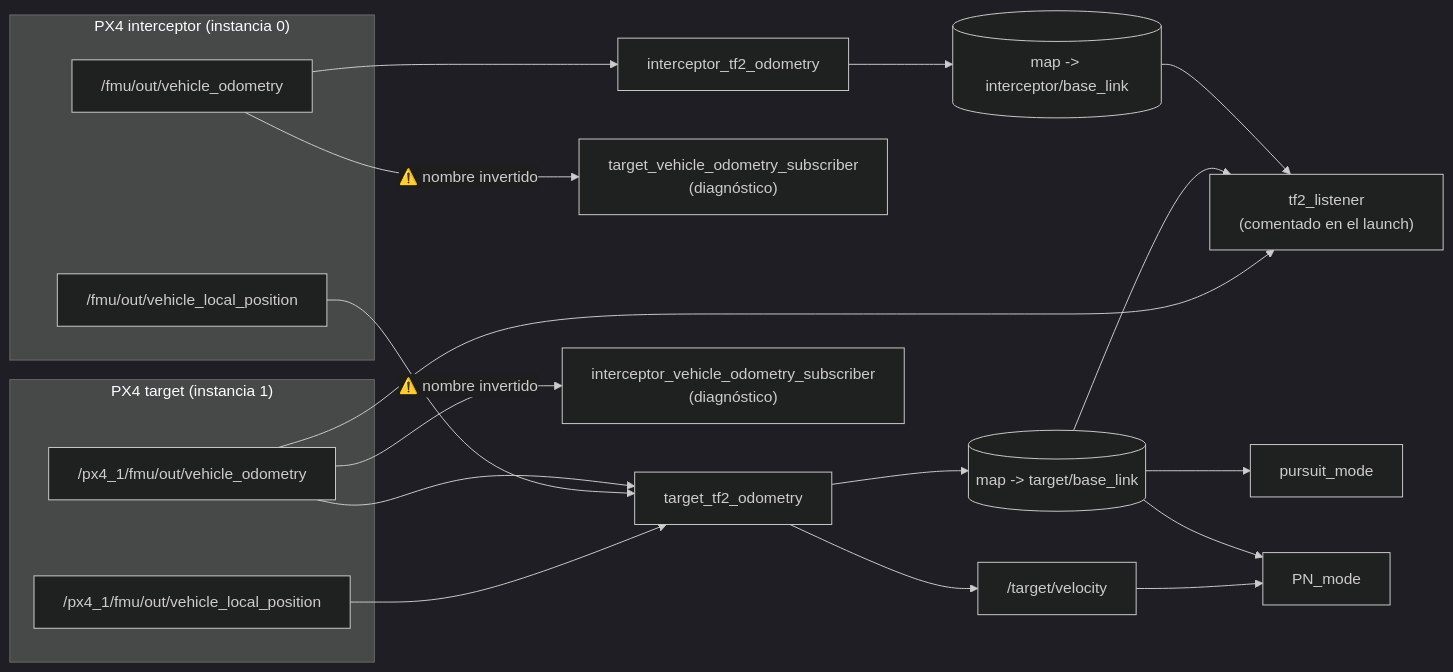
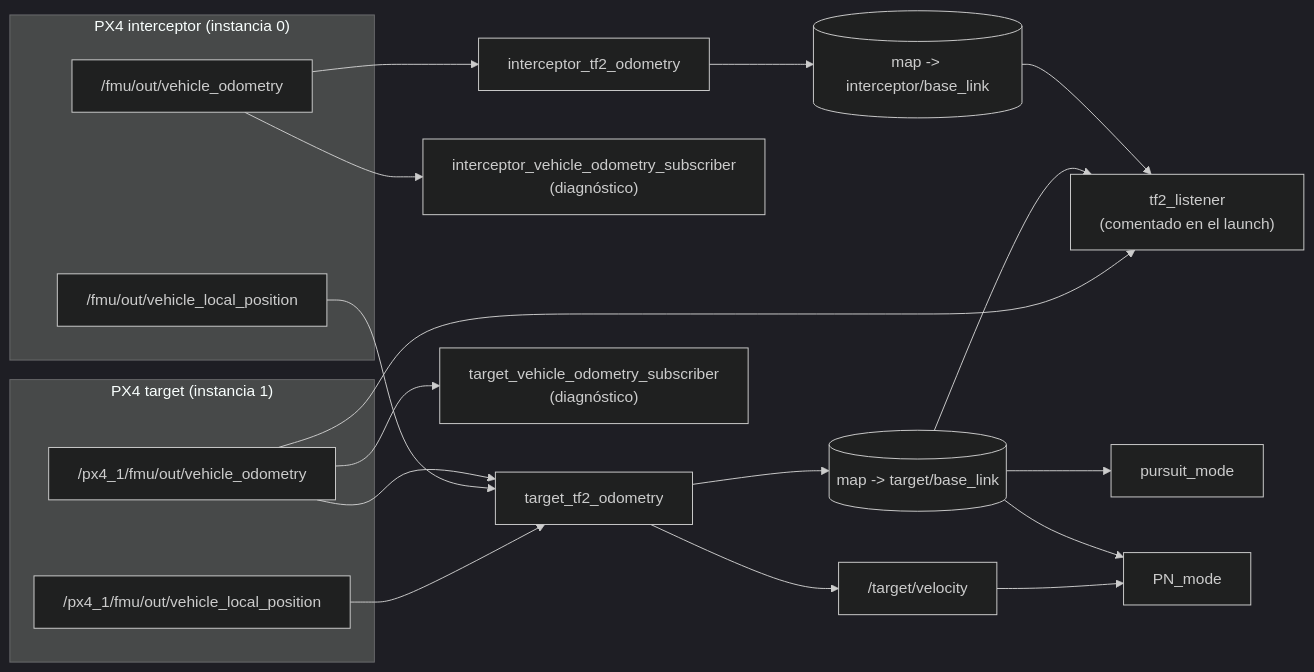
Before and after one commit to PACO-Interceptor/ws_interceptor: the diagram in docs/wiki/Nodes-and-topics.md, drawn with Mermaid. The commit also changed other lines of this file and 6 other files, not shown here.

````diff
--- a/docs/wiki/Nodes-and-topics.md
+++ b/docs/wiki/Nodes-and-topics.md
@@ -38,32 +37,32 @@
 ```mermaid
 %%{init: {"theme": "dark", "themeVariables": {"lineColor": "#cccccc", "edgeLabelBackground": "#1e1e1e"}}}%%
 flowchart LR
     subgraph PX0["PX4 interceptor (instancia 0)"]
         O0["/fmu/out/vehicle_odometry"]
         L0["/fmu/out/vehicle_local_position"]
     end
     subgraph PX1["PX4 target (instancia 1)"]
         O1["/px4_1/fmu/out/vehicle_odometry"]
         L1["/px4_1/fmu/out/vehicle_local_position"]
     end
 
     O0 --> ITF[interceptor_tf2_odometry]
-    O0 -->|"⚠️ nombre invertido"| TVS["target_vehicle_odometry_subscriber<br/>(diagnóstico)"]
+    O0 --> IVS["interceptor_vehicle_odometry_subscriber<br/>(diagnóstico)"]
 
     O1 --> TTF[target_tf2_odometry]
     L0 --> TTF
     L1 --> TTF
-    O1 -->|"⚠️ nombre invertido"| IVS["interceptor_vehicle_odometry_subscriber<br/>(diagnóstico)"]
+    O1 --> TVS["target_vehicle_odometry_subscriber<br/>(diagnóstico)"]
 
     ITF --> TFI[("map -> interceptor/base_link")]
     TTF --> TFT[("map -> target/base_link")]
     TTF --> VEL["/target/velocity"]
 
     TFT --> PURSUIT[pursuit_mode]
     TFT --> PN[PN_mode]
     VEL --> PN
 
     TFI --> LISTENER["tf2_listener<br/>(comentado en el launch)"]
     TFT --> LISTENER
     O1 --> LISTENER
 ```
````
